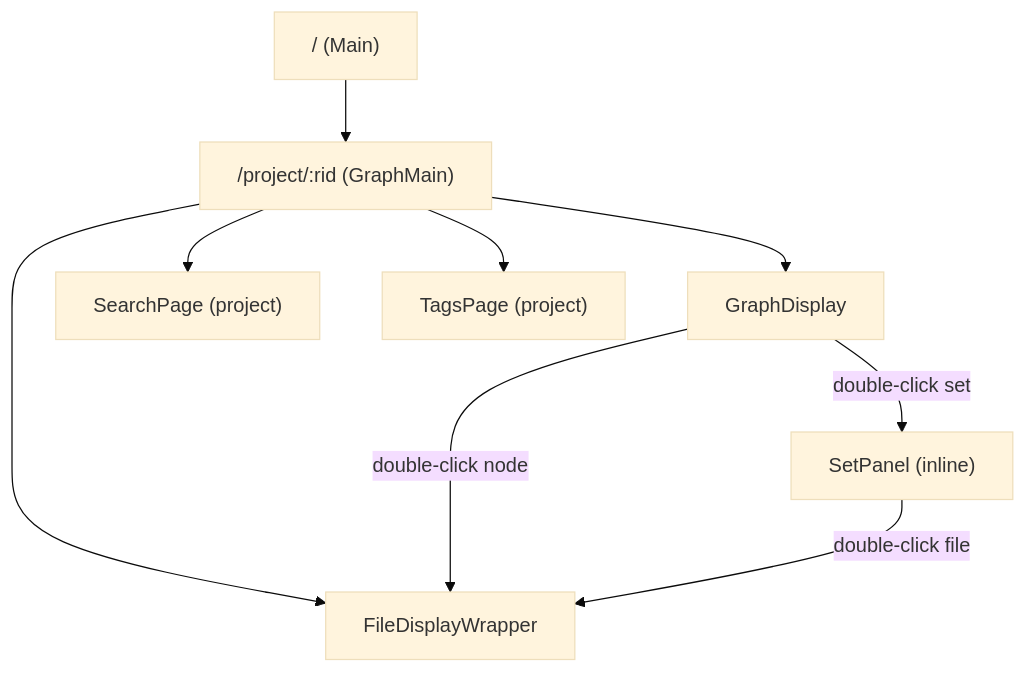
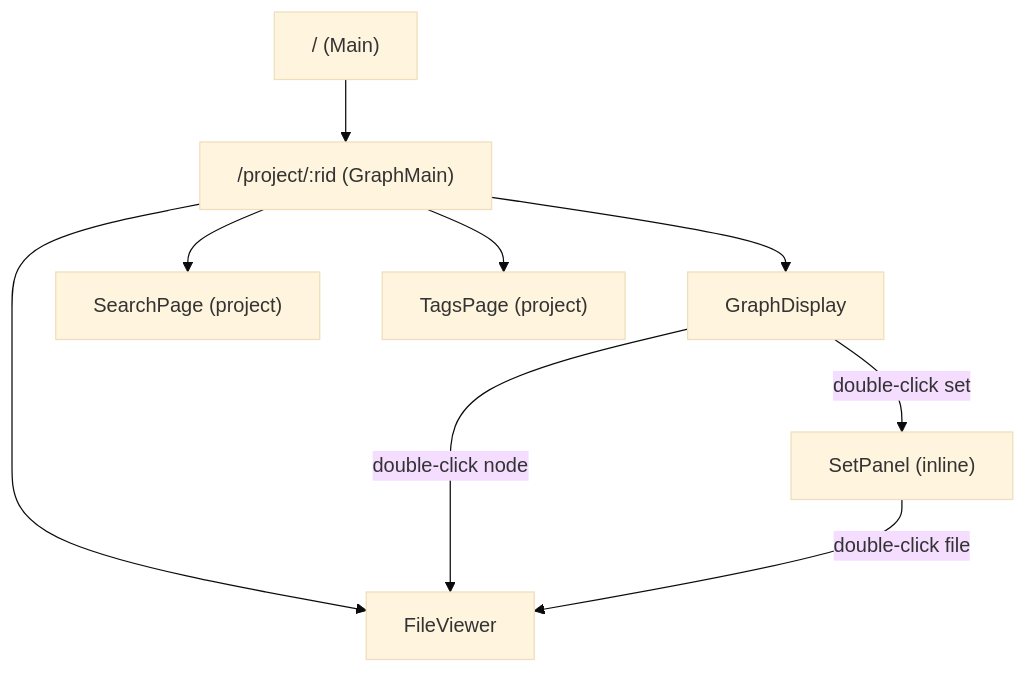
One commit to OSC-JYU/MessyDesk-UI changed the diagram in wiki/routing.md. Above: the diagram before and after it, drawn with Mermaid (base theme). The commit also changed other lines of this file and 78 other files, not shown here.

````diff
--- a/wiki/routing.md
+++ b/wiki/routing.md
@@ -74,11 +74,11 @@
 ```mermaid
 graph TD
     Home["/ (Main)"] --> ProjectShell["/project/:rid (GraphMain)"]
     ProjectShell --> GraphView["GraphDisplay"]
     ProjectShell --> SearchView["SearchPage (project)"]
     ProjectShell --> EntitiesView["TagsPage (project)"]
-    ProjectShell --> FileView["FileDisplayWrapper"]
+    ProjectShell --> FileView["FileViewer"]
     GraphView -->|double-click node| FileView
     GraphView -->|double-click set| SetPanel["SetPanel (inline)"]
     SetPanel -->|double-click file| FileView
 ```
````
